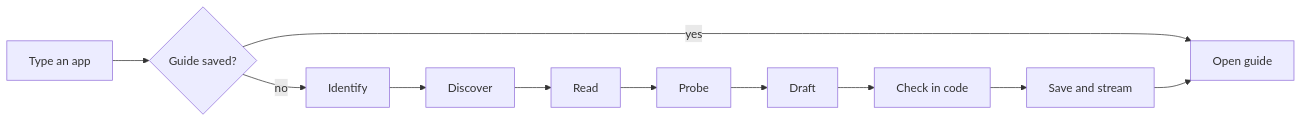
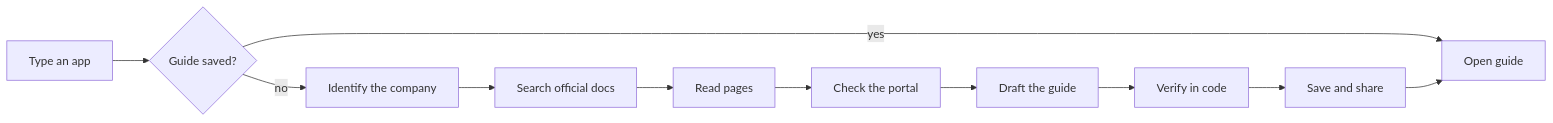
One commit to GaneshEiGo/waypoint changed the diagram in README.md. Above: the diagram before and after it, drawn with Mermaid. The commit also changed other lines of this file, not shown here.

````diff
--- a/README.md
+++ b/README.md
@@ -57,13 +79,13 @@
 ```mermaid
 flowchart LR
   A[Type an app] --> B{Guide saved?}
   B -- yes --> G[Open guide]
-  B -- no --> C[Identify]
-  C --> D[Discover]
-  D --> E[Read]
-  E --> F[Probe]
-  F --> H[Draft]
-  H --> I[Check in code]
-  I --> J[Save and stream]
+  B -- no --> C[Identify the company]
+  C --> D[Search official docs]
+  D --> E[Read pages]
+  E --> F[Check the portal]
+  F --> H[Draft the guide]
+  H --> I[Verify in code]
+  I --> J[Save and share]
   J --> G
 ```
````
